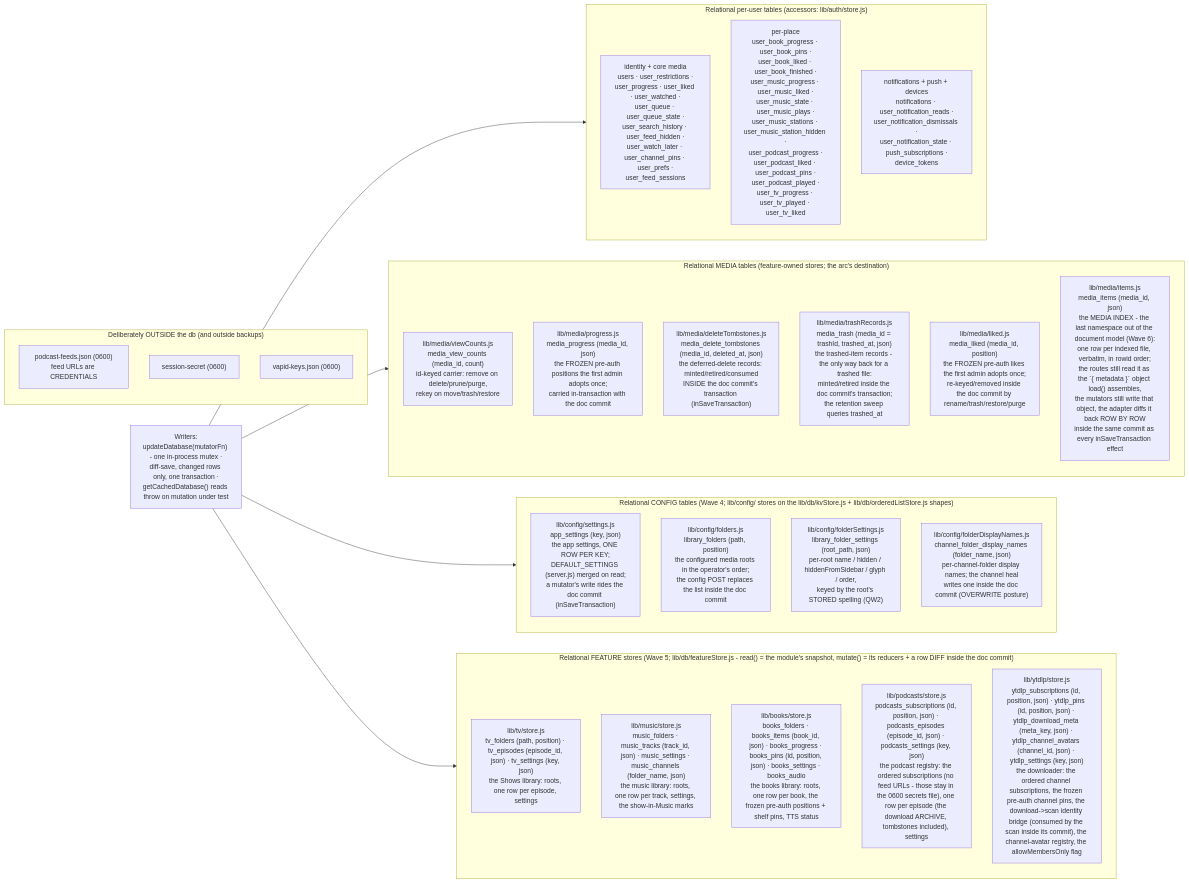
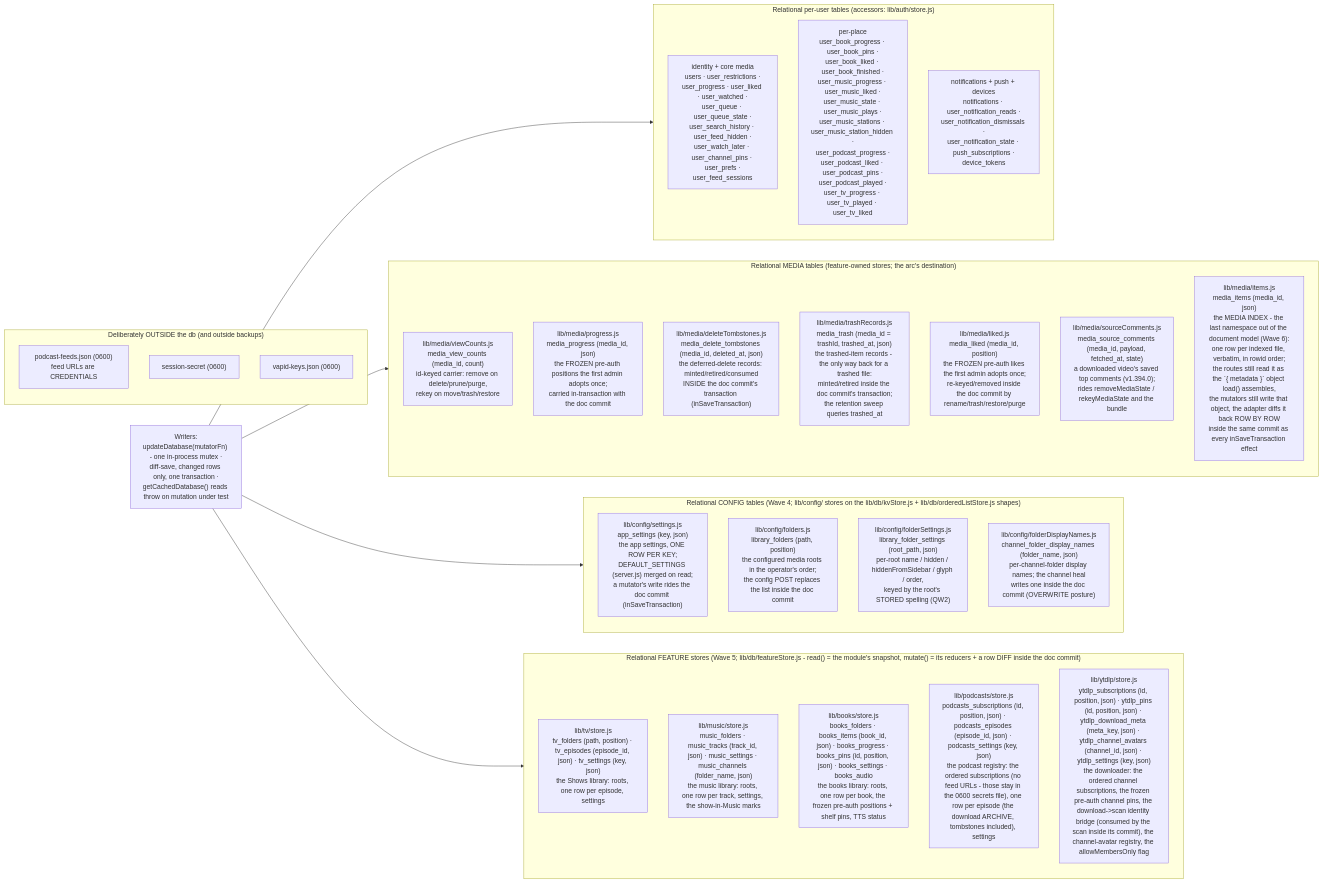
One commit to dtammam/filetube changed the second of 6 diagrams in docs/DIAGRAMS.md. Above: the diagram before and after it, drawn with Mermaid. The commit also changed other lines of this file and 24 other files, not shown here.

````diff
--- a/docs/DIAGRAMS.md
+++ b/docs/DIAGRAMS.md
@@ -106,45 +107,46 @@
 ```mermaid
 flowchart LR
     subgraph REL["Relational per-user tables (accessors: lib/auth/store.js)"]
         CORE["identity + core media<br/>users · user_restrictions ·<br/>user_progress · user_liked · user_watched ·<br/>user_queue · user_queue_state ·<br/>user_search_history · user_feed_hidden ·<br/>user_watch_later · user_channel_pins · user_prefs ·<br/>user_feed_sessions"]
         PLACEST["per-place<br/>user_book_progress · user_book_pins ·<br/>user_book_liked · user_book_finished ·<br/>user_music_progress · user_music_liked ·<br/>user_music_state · user_music_plays ·<br/>user_music_stations · user_music_station_hidden ·<br/>user_podcast_progress ·<br/>user_podcast_liked · user_podcast_pins ·<br/>user_podcast_played ·<br/>user_tv_progress · user_tv_played · user_tv_liked"]
         NOTIF["notifications + push + devices<br/>notifications · user_notification_reads ·<br/>user_notification_dismissals ·<br/>user_notification_state · push_subscriptions ·<br/>device_tokens"]
     end
 
     subgraph MEDIA["Relational MEDIA tables (feature-owned stores; the arc's destination)"]
         VC["lib/media/viewCounts.js<br/>media_view_counts (media_id, count)<br/>id-keyed carrier: remove on delete/prune/purge,<br/>rekey on move/trash/restore"]
         PR["lib/media/progress.js<br/>media_progress (media_id, json)<br/>the FROZEN pre-auth positions the first admin adopts once;<br/>carried in-transaction with the doc commit"]
         DT["lib/media/deleteTombstones.js<br/>media_delete_tombstones (media_id, deleted_at, json)<br/>the deferred-delete records: minted/retired/consumed<br/>INSIDE the doc commit's transaction (inSaveTransaction)"]
         TR["lib/media/trashRecords.js<br/>media_trash (media_id = trashId, trashed_at, json)<br/>the trashed-item records - the only way back for a trashed file:<br/>minted/retired inside the doc commit's transaction;<br/>the retention sweep queries trashed_at"]
         LK["lib/media/liked.js<br/>media_liked (media_id, position)<br/>the FROZEN pre-auth likes the first admin adopts once;<br/>re-keyed/removed inside the doc commit by rename/trash/restore/purge"]
+        SC["lib/media/sourceComments.js<br/>media_source_comments (media_id, payload, fetched_at, state)<br/>a downloaded video's saved top comments (v1.394.0);<br/>rides removeMediaState / rekeyMediaState and the bundle"]
         MI["lib/media/items.js<br/>media_items (media_id, json)<br/>the MEDIA INDEX - the last namespace out of the document model (Wave 6):<br/>one row per indexed file, verbatim, in rowid order;<br/>the routes still read it as the `{ metadata }` object load() assembles,<br/>the mutators still write that object, the adapter diffs it back ROW BY ROW<br/>inside the same commit as every inSaveTransaction effect"]
     end
 
     subgraph CONFIG["Relational CONFIG tables (Wave 4; lib/config/ stores on the lib/db/kvStore.js + lib/db/orderedListStore.js shapes)"]
         ST["lib/config/settings.js<br/>app_settings (key, json)<br/>the app settings, ONE ROW PER KEY;<br/>DEFAULT_SETTINGS (server.js) merged on read;<br/>a mutator's write rides the doc commit (inSaveTransaction)"]
         FO["lib/config/folders.js<br/>library_folders (path, position)<br/>the configured media roots in the operator's order;<br/>the config POST replaces the list inside the doc commit"]
         FS["lib/config/folderSettings.js<br/>library_folder_settings (root_path, json)<br/>per-root name / hidden / hiddenFromSidebar / glyph / order,<br/>keyed by the root's STORED spelling (QW2)"]
         FD["lib/config/folderDisplayNames.js<br/>channel_folder_display_names (folder_name, json)<br/>per-channel-folder display names; the channel heal<br/>writes one inside the doc commit (OVERWRITE posture)"]
     end
 
     subgraph FEATURES["Relational FEATURE stores (Wave 5; lib/db/featureStore.js - read() = the module's snapshot, mutate() = its reducers + a row DIFF inside the doc commit)"]
         TV["lib/tv/store.js<br/>tv_folders (path, position) · tv_episodes (episode_id, json) · tv_settings (key, json)<br/>the Shows library: roots, one row per episode, settings"]
         MU["lib/music/store.js<br/>music_folders · music_tracks (track_id, json) · music_settings · music_channels (folder_name, json)<br/>the music library: roots, one row per track, settings, the show-in-Music marks"]
         BK["lib/books/store.js<br/>books_folders · books_items (book_id, json) · books_progress · books_pins (id, position, json) · books_settings · books_audio<br/>the books library: roots, one row per book, the frozen pre-auth positions + shelf pins, TTS status"]
         PC["lib/podcasts/store.js<br/>podcasts_subscriptions (id, position, json) · podcasts_episodes (episode_id, json) · podcasts_settings (key, json)<br/>the podcast registry: the ordered subscriptions (no feed URLs - those stay in the 0600 secrets file), one row per episode (the download ARCHIVE, tombstones included), settings"]
         YT["lib/ytdlp/store.js<br/>ytdlp_subscriptions (id, position, json) · ytdlp_pins (id, position, json) · ytdlp_download_meta (meta_key, json) · ytdlp_channel_avatars (channel_id, json) · ytdlp_settings (key, json)<br/>the downloader: the ordered channel subscriptions, the frozen pre-auth channel pins, the download->scan identity bridge (consumed by the scan inside its commit), the channel-avatar registry, the allowMembersOnly flag"]
     end
 
     subgraph OUT["Deliberately OUTSIDE the db (and outside backups)"]
         FEEDS["podcast-feeds.json (0600)<br/>feed URLs are CREDENTIALS"]
         SS["session-secret (0600)"]
         VAPID["vapid-keys.json (0600)"]
     end
 
     WRITERS["Writers:<br/>updateDatabase(mutatorFn) - one in-process mutex ·<br/>diff-save, changed rows only, one transaction ·<br/>getCachedDatabase() reads throw on mutation under test"]
 
     WRITERS --> REL
     WRITERS --> MEDIA
     WRITERS --> CONFIG
     WRITERS --> FEATURES
 ```
````
